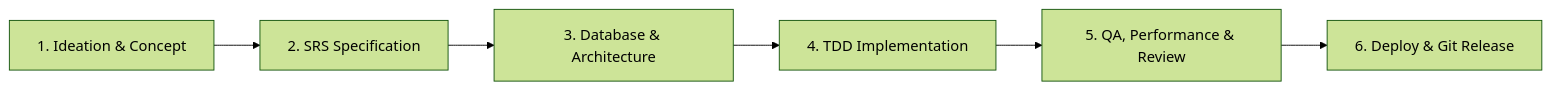
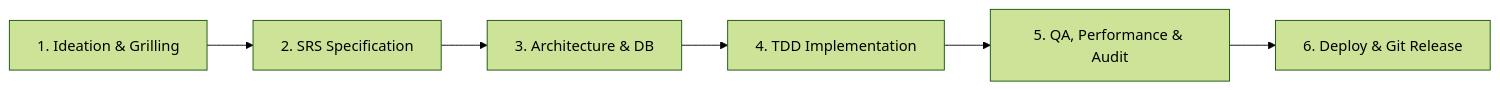
The second of 2 diagrams in README.md (hienpham0344/Agent-kit), drawn with Mermaid (forest theme) before and after one commit. The commit also changed other lines of this file, not shown here.

````diff
--- a/README.md
+++ b/README.md
@@ -88,8 +267,8 @@
 ```mermaid
 flowchart LR
-    A["1. Ideation & Concept"] --> B["2. SRS Specification"]
-    B --> C["3. Database & Architecture"]
+    A["1. Ideation & Grilling"] --> B["2. SRS Specification"]
+    B --> C["3. Architecture & DB"]
     C --> D["4. TDD Implementation"]
-    D --> E["5. QA, Performance & Review"]
+    D --> E["5. QA, Performance & Audit"]
     E --> F["6. Deploy & Git Release"]
 ```
````
